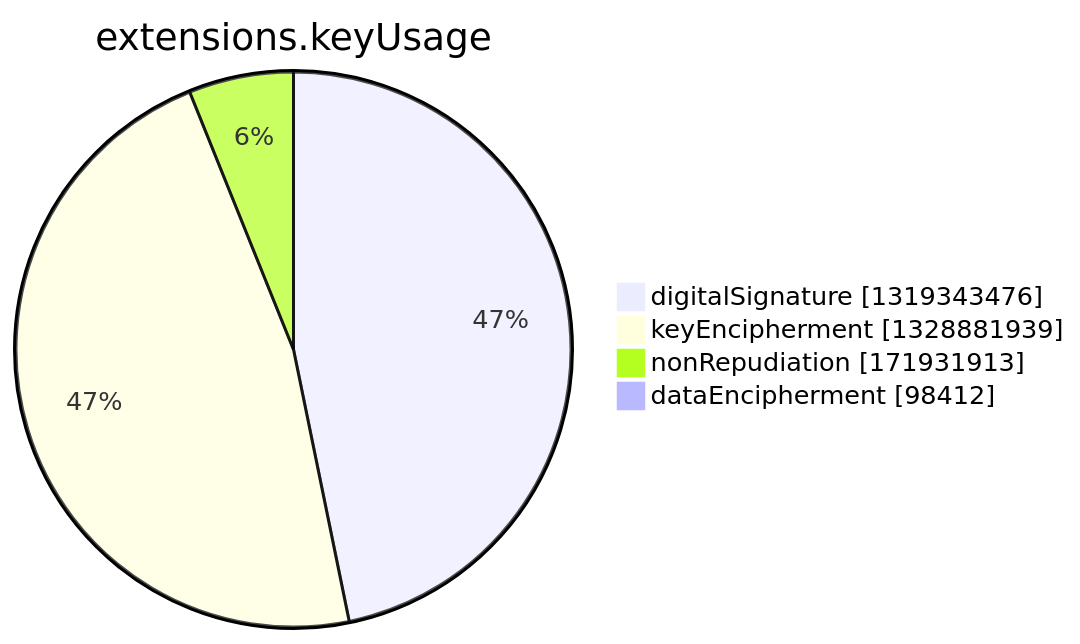
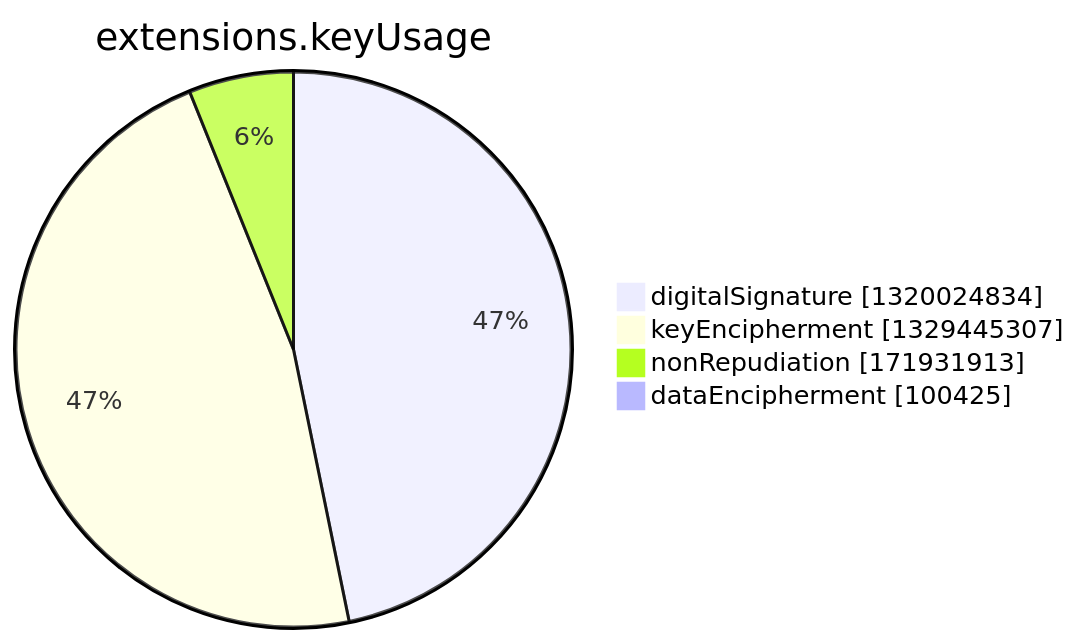
Before and after one commit to christiankrug/ctmonitor_visualization: the seventh of 15 diagrams in argon2022/README.md, drawn with Mermaid. The commit also changed other lines of this file, not shown here.

````diff
--- a/argon2022/README.md
+++ b/argon2022/README.md
@@ -2750,8 +2750,8 @@
 ```mermaid
 pie showData
 title extensions.keyUsage
-"digitalSignature" :1319343476
-"keyEncipherment" :1328881939
+"digitalSignature" :1320024834
+"keyEncipherment" :1329445307
 "nonRepudiation" :171931913
-"dataEncipherment" :98412
+"dataEncipherment" :100425
 ```
````
